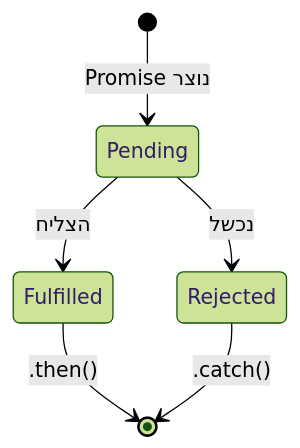
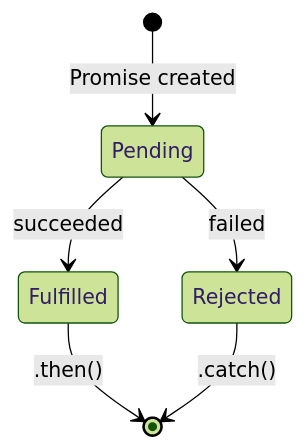
The diagram in content/docs/javascript/22-js-promises-content.md (neriyaMalachi/FullStack_kodkode_5), drawn with Mermaid (forest theme) before and after one commit. The commit also changed other lines of this file and 117 other files, not shown here.

````diff
--- a/content/docs/javascript/22-js-promises-content.md
+++ b/content/docs/javascript/22-js-promises-content.md
@@ -49,8 +49,8 @@
 ```mermaid
 stateDiagram-v2
-    [*] --> Pending: Promise נוצר
-    Pending --> Fulfilled: הצליח
-    Pending --> Rejected: נכשל
+    [*] --> Pending: Promise created
+    Pending --> Fulfilled: succeeded
+    Pending --> Rejected: failed
     Fulfilled --> [*]: .then()
     Rejected --> [*]: .catch()
 ```
````
